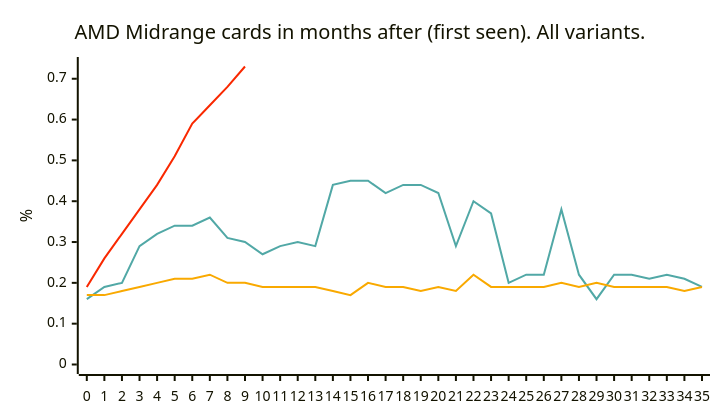
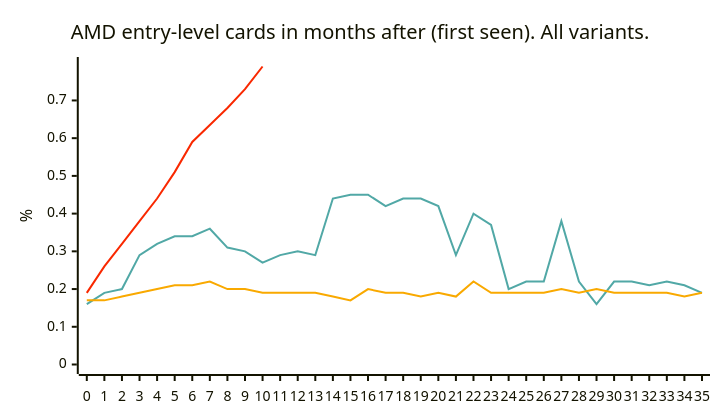
Before and after one commit to jdegene/steamHWsurvey: the tenth of 31 diagrams in README.md, drawn with Mermaid. The commit also changed other lines of this file and 3 other files, not shown here.

````diff
--- a/README.md
+++ b/README.md
@@ -346,23 +346,23 @@
 ```mermaid
 ---
 config:
     xyChart:
         width: 700
         height: 400
         
     themeVariables:
         xyChart:
             plotColorPalette: "#51a8a6,#f9a900,#f92800,#d92080,#8a52a6"
 
 --- 
 
 
 xychart-beta
-    title "AMD Midrange cards in months after (first seen). All variants."
+    title "AMD entry-level cards in months after (first seen). All variants."
     x-axis[0, 1, 2, 3, 4, 5, 6, 7, 8, 9, 10, 11, 12, 13, 14, 15, 16, 17, 18, 19, 20, 21, 22, 23, 24, 25, 26, 27, 28, 29, 30, 31, 32, 33, 34, 35]
     y-axis "%" 
     line [0.16, 0.19, 0.2, 0.29, 0.32, 0.33999999999999997, 0.33999999999999997, 0.36, 0.31, 0.3, 0.27, 0.29, 0.3, 0.29, 0.44, 0.45000000000000007, 0.45000000000000007, 0.42, 0.43999999999999995, 0.44, 0.42, 0.29, 0.4, 0.37, 0.2, 0.22, 0.22, 0.38000000000000006, 0.22, 0.16, 0.22, 0.22, 0.21, 0.22, 0.21, 0.19]
     line [0.16999999999999998, 0.16999999999999998, 0.18, 0.19, 0.2, 0.21, 0.21, 0.22, 0.2, 0.2, 0.19, 0.19, 0.19, 0.19, 0.18, 0.16999999999999998, 0.2, 0.19, 0.19, 0.18, 0.19, 0.18, 0.22, 0.19, 0.19, 0.19, 0.19, 0.2, 0.19, 0.2, 0.19, 0.19, 0.19, 0.19, 0.18, 0.19]
-    line [0.19, 0.26, 0.32, 0.38, 0.44, 0.51, 0.59, 0.635, 0.6799999999999999, 0.73]
+    line [0.19, 0.26, 0.32, 0.38, 0.44, 0.51, 0.59, 0.635, 0.6799999999999999, 0.73, 0.79]
     line [0]
 ``` 
````
